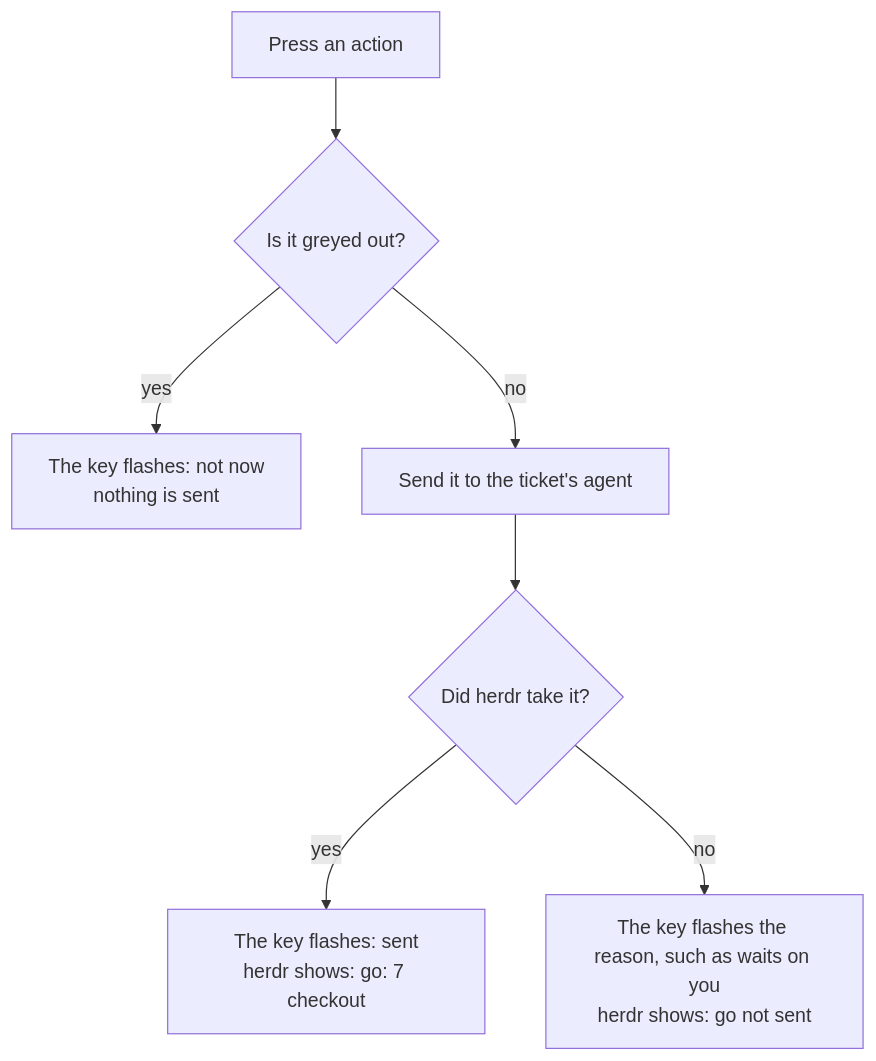
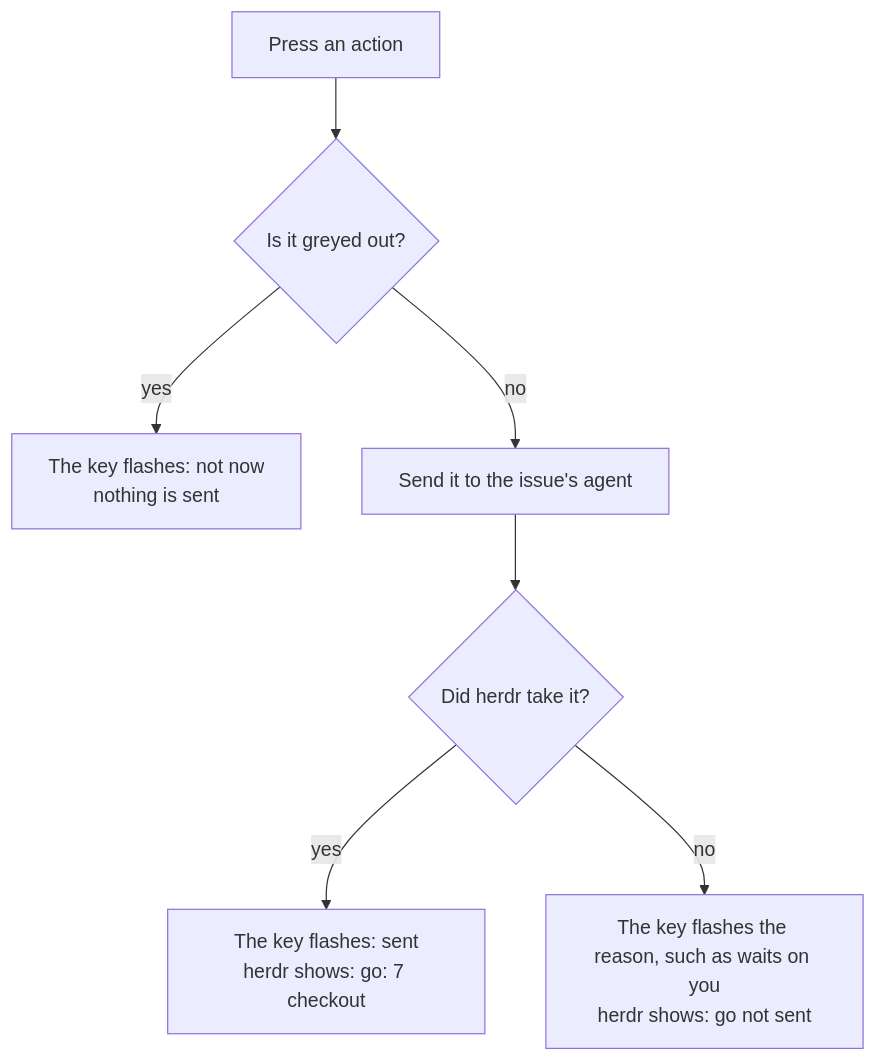
One commit to PieterLuypaert/helm changed the fourth of 7 diagrams in docs/flows.md. Above: the diagram before and after it, drawn with Mermaid. The commit also changed other lines of this file and 14 other files, not shown here.

````diff
--- a/docs/flows.md
+++ b/docs/flows.md
@@ -108,9 +108,9 @@
 ```mermaid
 flowchart TD
     press["Press an action"] --> dim{"Is it greyed out?"}
     dim -->|yes| notNow["The key flashes: not now<br/>nothing is sent"]
-    dim -->|no| send["Send it to the ticket's agent"]
+    dim -->|no| send["Send it to the issue's agent"]
     send --> taken{"Did herdr take it?"}
     taken -->|yes| sent["The key flashes: sent<br/>herdr shows: go: 7 checkout"]
     taken -->|no| failed["The key flashes the reason, such as waits on you<br/>herdr shows: go not sent"]
 ```
````
